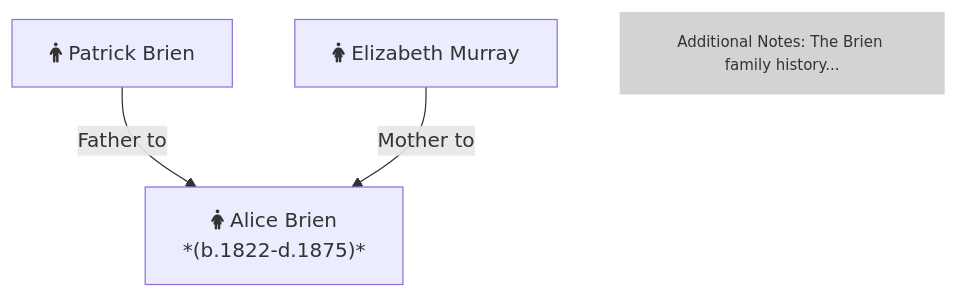
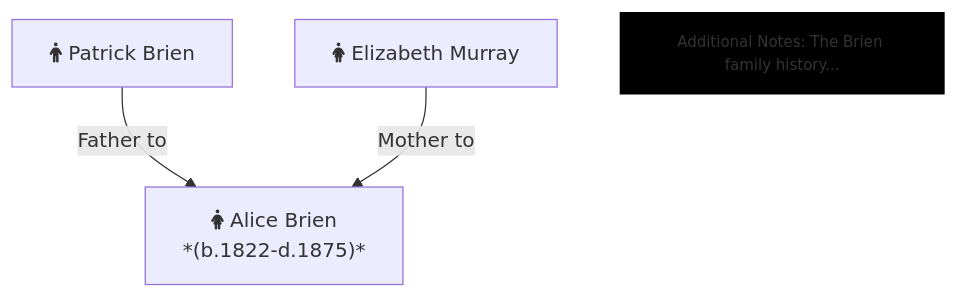
The diagram in MakeMermaidTree/README.md (gsmitheidw/GenealogyTools), drawn with Mermaid before and after one commit.

Commit message:
rendering

````diff
--- a/MakeMermaidTree/README.md
+++ b/MakeMermaidTree/README.md
@@ -48,17 +48,17 @@
 ```mermaid
 
 %% Alice of Patrick Brien and Elizabeth Murray Ratoath
 flowchart TD
     p["fa:fa-person Patrick Brien"]
     e["fa:fa-person-dress Elizabeth Murray"]
     A["fa:fa-person-dress Alice Brien<br>*(b.1822-d.1875)*"]
 
     p -- Father to --> A
     e -- Mother to --> A
 
 
 %% Freestanding text at the end of the chart
     text["Additional Notes: The Brien family history..."]
-    style text fill:#d3d3d3, stroke:none, font-size:12px
+    style text fill:#000000, stroke:none, font-size:12px
 
 ``` 
````
